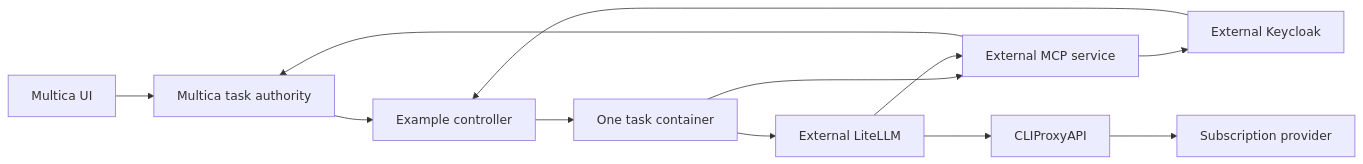
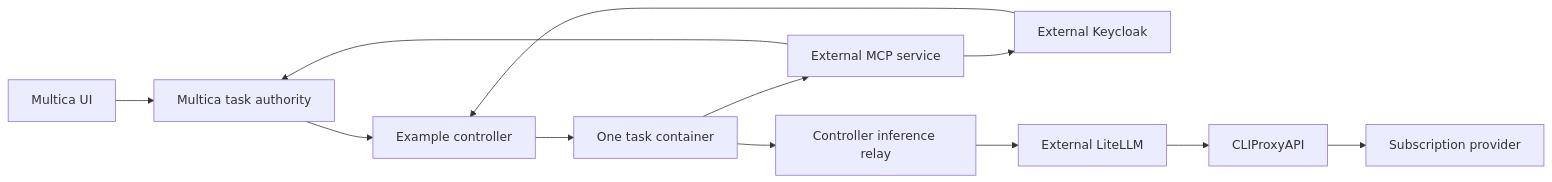
The diagram in examples/end-to-end/README.md (gently-whitesnow/multica-sandbox), drawn with Mermaid before and after one commit. The commit also changed other lines of this file and 76 other files, not shown here.

````diff
--- a/examples/end-to-end/README.md
+++ b/examples/end-to-end/README.md
@@ -14,14 +14,14 @@
 ```mermaid
 flowchart LR
     U[Multica UI] --> M[Multica task authority]
     M --> C[Example controller]
     K[External Keycloak] --> C
     C --> A[One task container]
     A --> T[External MCP service]
-    A --> L[External LiteLLM]
+    A --> R[Controller inference relay]
+    R --> L[External LiteLLM]
     T --> M
     T --> K
-    L --> T
     L --> P[CLIProxyAPI]
     P --> S[Subscription provider]
 ```
````
